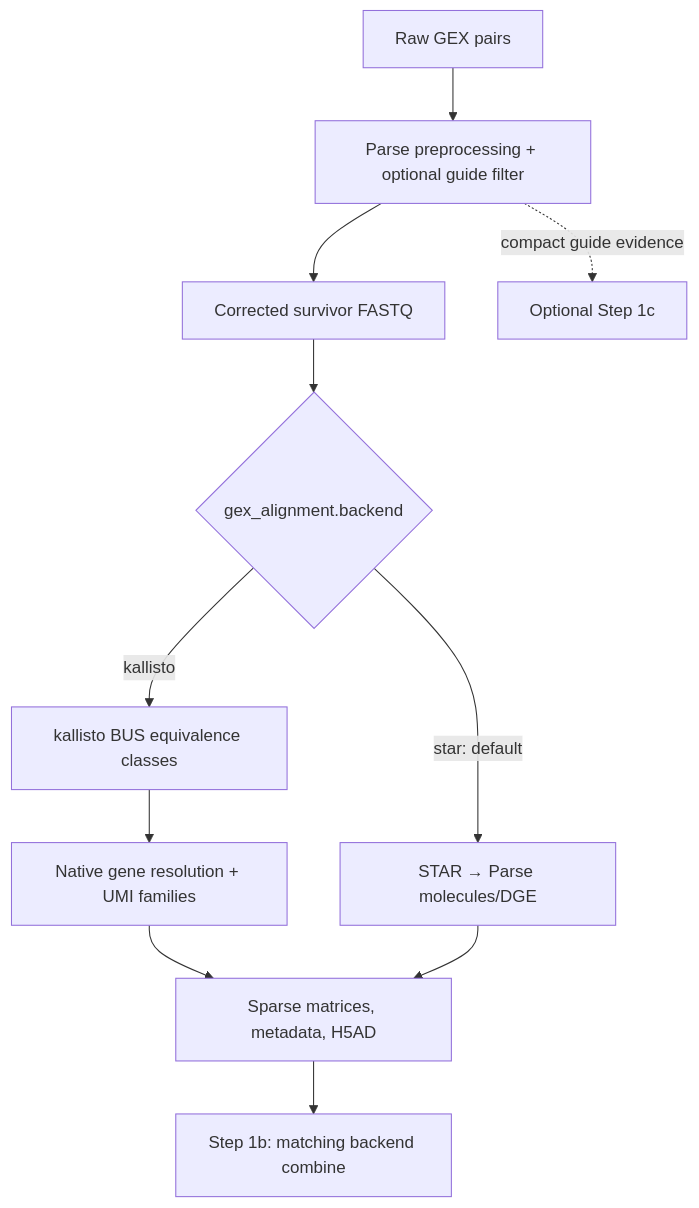
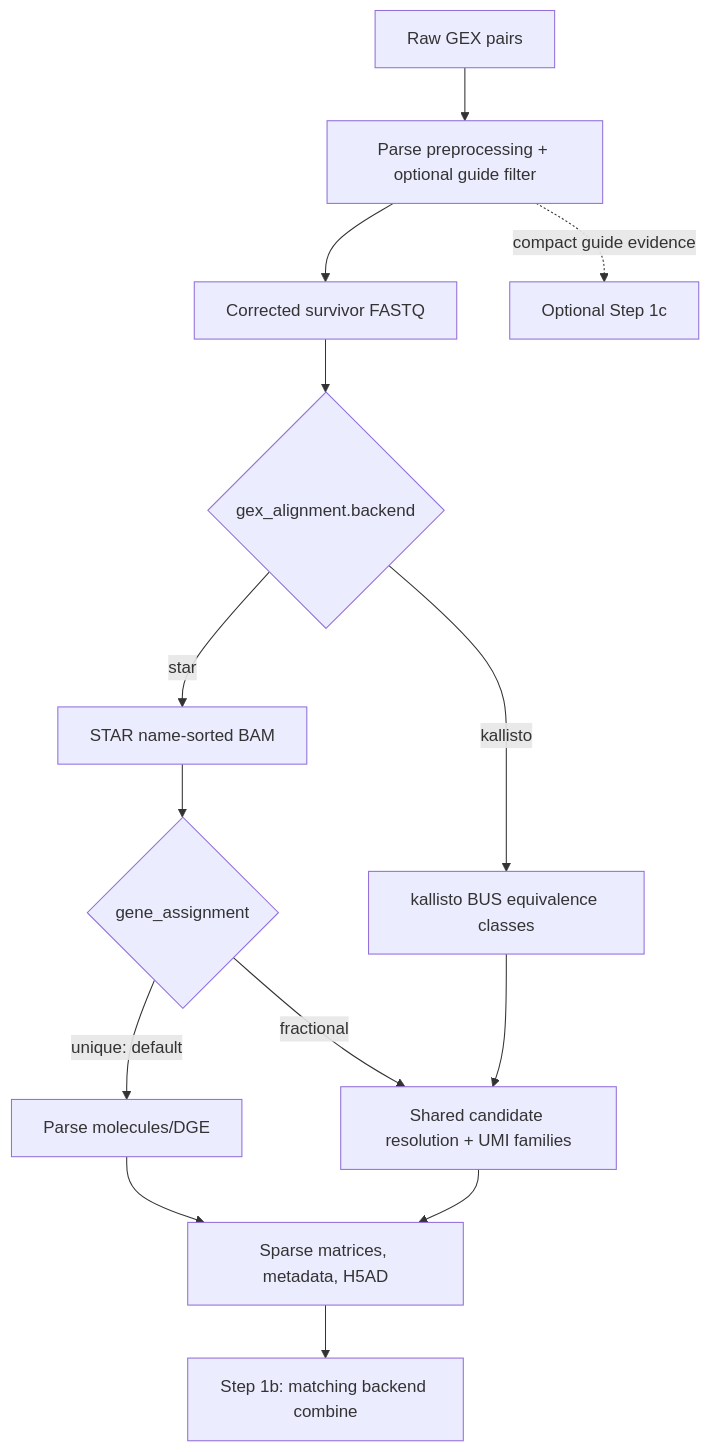
Before and after one commit to jhjiang2020/CSM_ccperturbseq: the third of 9 diagrams in docs/DETAILED_WORKFLOW.md, drawn with Mermaid. The commit also changed other lines of this file and 29 other files, not shown here.

First line of the commit message:
feat: harmonize Step 1a assignment across STAR and kallisto

````diff
--- a/docs/DETAILED_WORKFLOW.md
+++ b/docs/DETAILED_WORKFLOW.md
@@ -144,13 +144,16 @@
 ```mermaid
 flowchart TD
     RAW[Raw GEX pairs] --> PRE[Parse preprocessing + optional guide filter]
     PRE --> SURV[Corrected survivor FASTQ]
     PRE -. compact guide evidence .-> ID[Optional Step 1c]
     SURV --> CHOICE{gex_alignment.backend}
-    CHOICE -->|star: default| STAR[STAR → Parse molecules/DGE]
+    CHOICE -->|star| STAR[STAR name-sorted BAM]
+    STAR --> POLICY{gene_assignment}
+    POLICY -->|unique: default| PARSE[Parse molecules/DGE]
+    POLICY -->|fractional| NATIVE
     CHOICE -->|kallisto| BUS[kallisto BUS equivalence classes]
-    BUS --> NATIVE[Native gene resolution + UMI families]
+    BUS --> NATIVE[Shared candidate resolution + UMI families]
     NATIVE --> OUTPUT[Sparse matrices, metadata, H5AD]
-    STAR --> OUTPUT
+    PARSE --> OUTPUT
     OUTPUT --> COMB[Step 1b: matching backend combine]
 ```
````
